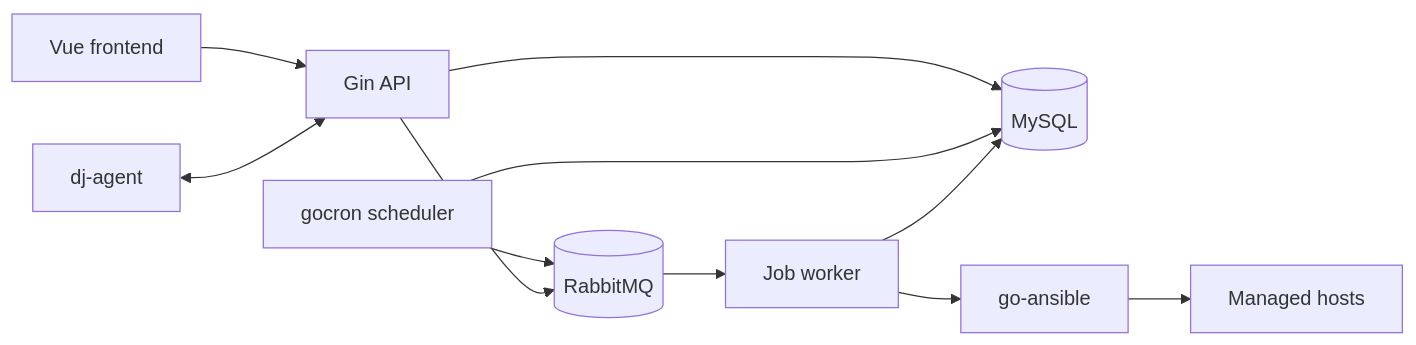
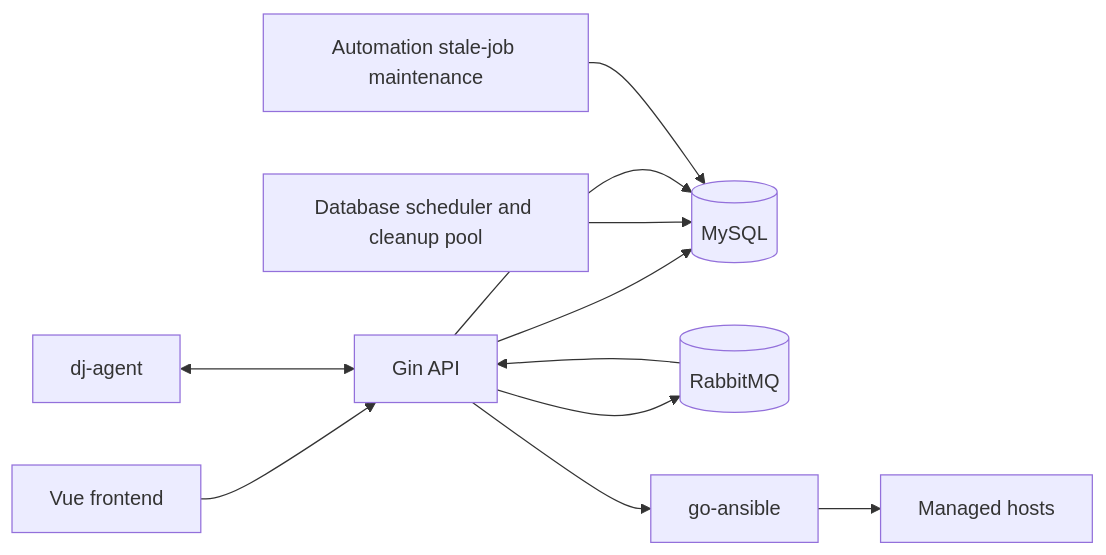
The diagram in autoadmin/docs/ARCHITECTURE.md (chlinwei/djadmin), drawn with Mermaid before and after one commit. The commit also changed other lines of this file and 52 other files, not shown here.

````diff
--- a/autoadmin/docs/ARCHITECTURE.md
+++ b/autoadmin/docs/ARCHITECTURE.md
@@ -14,13 +14,13 @@
 ```mermaid
 flowchart LR
     Frontend[Vue frontend] --> API[Gin API]
     Agent[dj-agent] <--> API
     API --> MySQL[(MySQL)]
-    Scheduler[gocron scheduler] --> MySQL
-    Scheduler --> RabbitMQ[(RabbitMQ)]
+    Scheduler[Database scheduler and cleanup pool] --> MySQL
+    API --> MySQL
+    Worker[Automation stale-job maintenance] --> MySQL
+    RabbitMQ[(RabbitMQ)] --> API
     API --> RabbitMQ
-    RabbitMQ --> Worker[Job worker]
-    Worker --> MySQL
-    Worker --> Ansible[go-ansible]
+    API --> Ansible[go-ansible]
     Ansible --> Hosts[Managed hosts]
 ```
````
